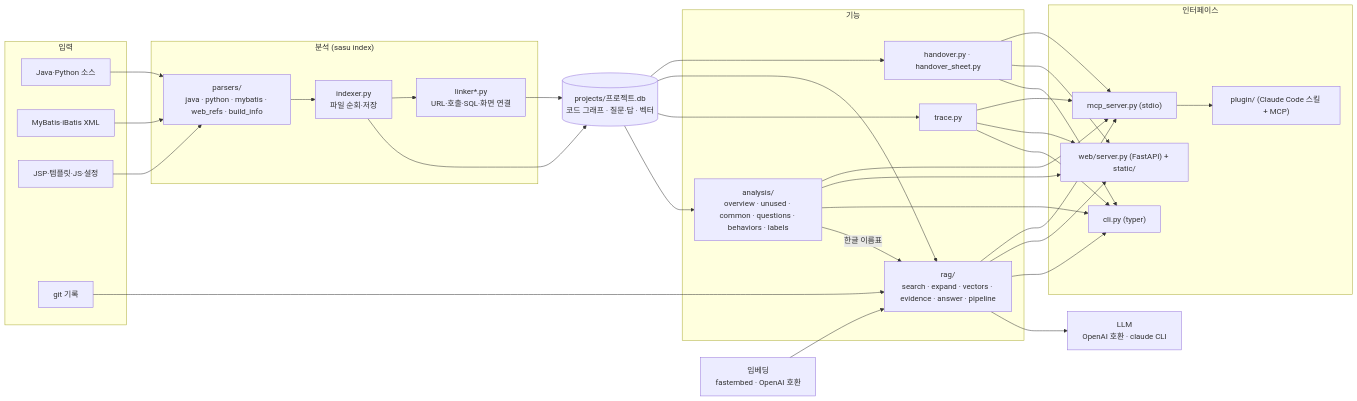
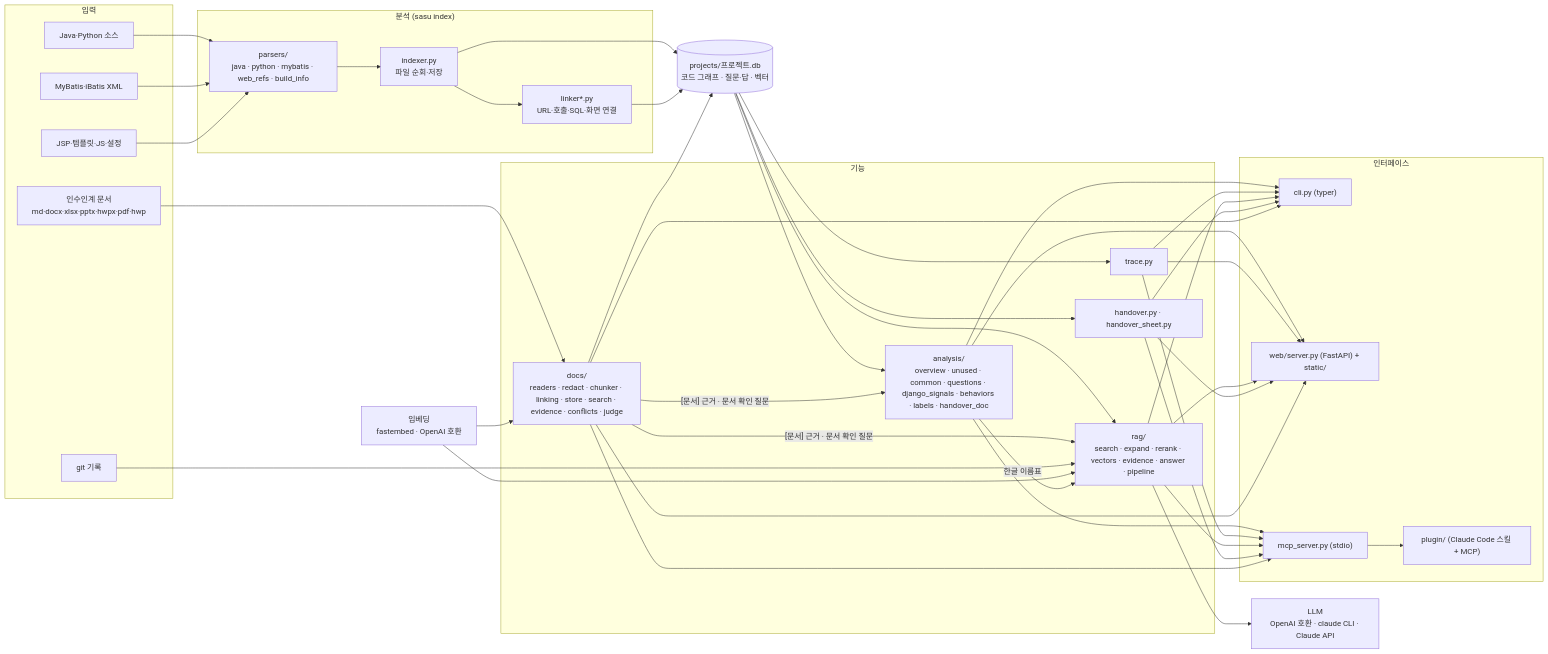
One commit to seungwook-kim/sasu-handover-agent changed the first of 4 diagrams in docs/sdd.md. Above: the diagram before and after it, drawn with Mermaid. The commit also changed other lines of this file and 67 other files, not shown here.

First line of the commit message:
파이썬(Django) 지원, 인수인계 문서 RAG, 검색 재순위 추가

````diff
--- a/docs/sdd.md
+++ b/docs/sdd.md
@@ -17,39 +18,43 @@
 ```mermaid
 flowchart LR
     subgraph 입력
         SRC["Java·Python 소스"]
         XML["MyBatis·iBatis XML"]
         WEB["JSP·템플릿·JS·설정"]
         GIT["git 기록"]
+        DOC["인수인계 문서<br/>md·docx·xlsx·pptx·hwpx·pdf·hwp"]
     end
     subgraph 분석["분석 (sasu index)"]
         P["parsers/<br/>java · python · mybatis · web_refs · build_info"]
         IDX["indexer.py<br/>파일 순회·저장"]
         L["linker*.py<br/>URL·호출·SQL·화면 연결"]
     end
     DB[("projects/프로젝트.db<br/>코드 그래프 · 질문·답 · 벡터")]
     subgraph 기능
-        A["analysis/<br/>overview · unused · common · questions · behaviors · labels"]
+        A["analysis/<br/>overview · unused · common · questions · django_signals · behaviors · labels · handover_doc"]
         T["trace.py"]
-        R["rag/<br/>search · expand · vectors · evidence · answer · pipeline"]
+        R["rag/<br/>search · expand · rerank · vectors · evidence · answer · pipeline"]
+        D["docs/<br/>readers · redact · chunker · linking · store · search · evidence · conflicts · judge"]
         H["handover.py · handover_sheet.py"]
     end
     subgraph 인터페이스
         CLI["cli.py (typer)"]
         API["web/server.py (FastAPI) + static/"]
         MCP["mcp_server.py (stdio)"]
         PLG["plugin/ (Claude Code 스킬 + MCP)"]
     end
-    LLM["LLM<br/>OpenAI 호환 · claude CLI"]
+    LLM["LLM<br/>OpenAI 호환 · claude CLI · Claude API"]
     EMB["임베딩<br/>fastembed · OpenAI 호환"]
 
     SRC & XML & WEB --> P --> IDX --> DB
     IDX --> L --> DB
     DB --> A & T & R & H
+    DOC --> D --> DB
+    D -->|"[문서] 근거 · 문서 확인 질문"| R & A
     GIT --> R
-    EMB --> R
+    EMB --> R & D
     R --> LLM
     A -->|한글 이름표| R
-    A & T & R & H --> CLI & API & MCP
+    A & T & R & H & D --> CLI & API & MCP
     MCP --> PLG
 ```
````
